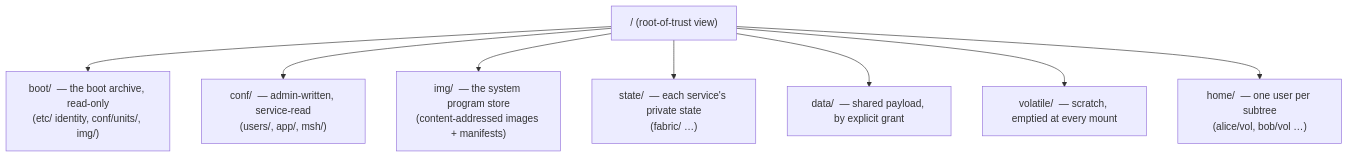
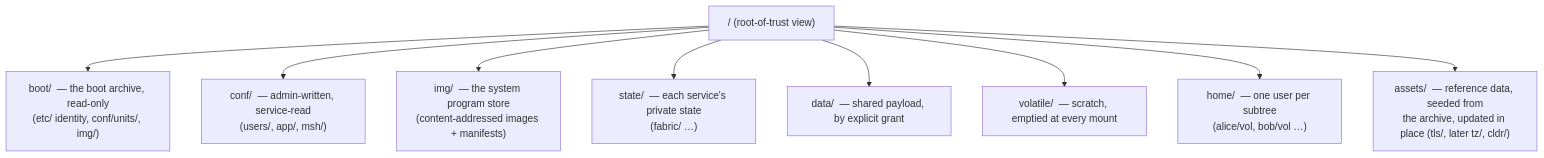
The first of 5 diagrams in docs/filesystem.md (mylanconnolly/moss), drawn with Mermaid before and after one commit. The commit also changed other lines of this file and 22 other files, not shown here.

````diff
--- a/docs/filesystem.md
+++ b/docs/filesystem.md
@@ -25,11 +25,12 @@
 ```mermaid
 graph TD
   root["/ (root-of-trust view)"]
   root --> boot["boot/  — the boot archive, read-only\n(etc/ identity, conf/units/, img/)"]
   root --> conf["conf/  — admin-written, service-read\n(users/, app/, msh/)"]
   root --> img["img/  — the system program store\n(content-addressed images + manifests)"]
   root --> state["state/  — each service's private state\n(fabric/ …)"]
   root --> data["data/  — shared payload, by explicit grant"]
   root --> volatile["volatile/  — scratch, emptied at every mount"]
   root --> home["home/  — one user per subtree\n(alice/vol, bob/vol …)"]
+  root --> assets["assets/  — reference data, seeded from\nthe archive, updated in place (tls/, later tz/, cldr/)"]
 ```
````
